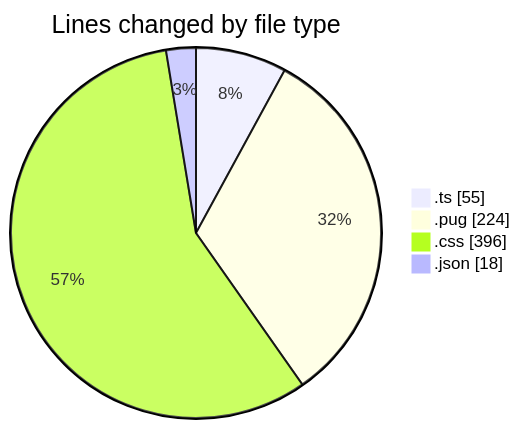
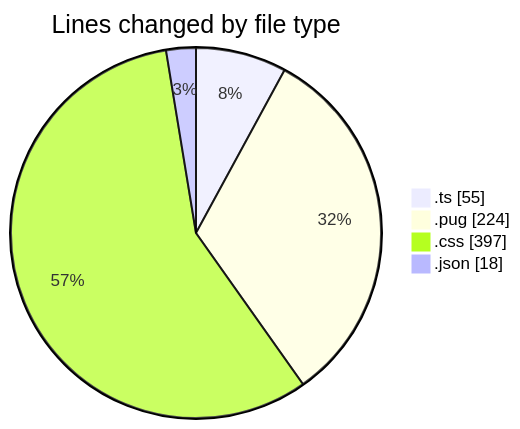
Before and after one commit to momahboobian/code-tracking: the first of 2 diagrams in 2025-10-31/cda/README.md, drawn with Mermaid. The commit also changed other lines of this file and 1 other file, not shown here.

````diff
--- a/2025-10-31/cda/README.md
+++ b/2025-10-31/cda/README.md
@@ -25,8 +25,8 @@
 ```mermaid
 pie showData
 title Lines changed by file type
 ".ts" : 55
 ".pug" : 224
-".css" : 396
+".css" : 397
 ".json" : 18
 ```
````
